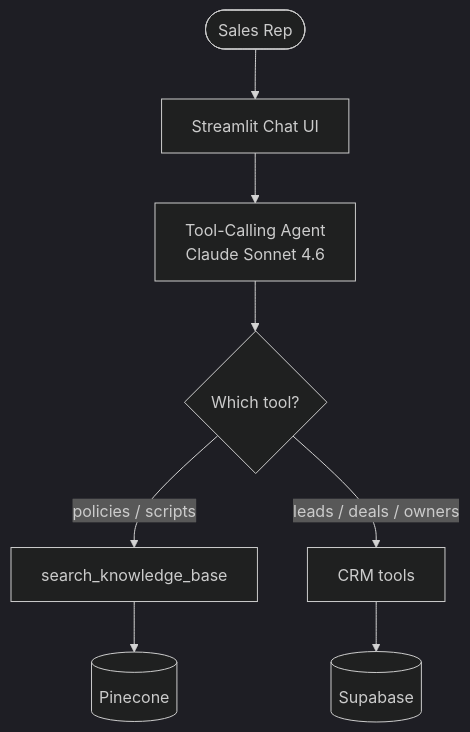
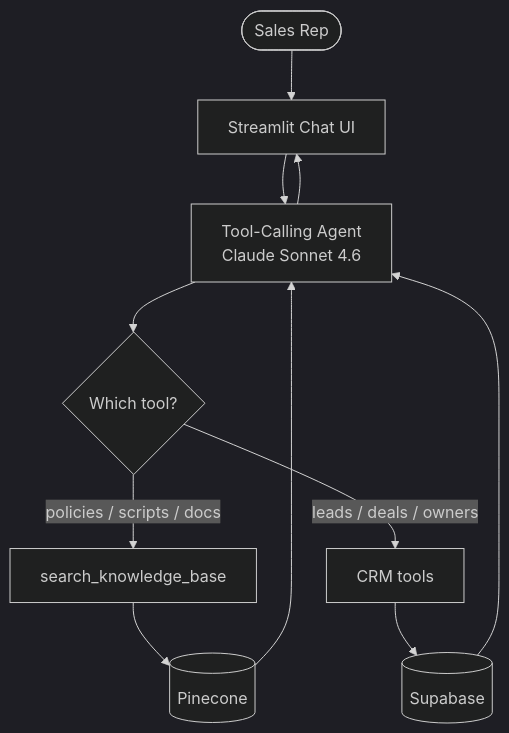
One commit to Evan-McCall/sales-agent changed the diagram in README.md. Above: the diagram before and after it, drawn with Mermaid (dark theme). The commit also changed other lines of this file and 3 other files, not shown here.

````diff
--- a/README.md
+++ b/README.md
@@ -12,10 +76,13 @@
 ```mermaid
 flowchart TD
     User([Sales Rep]) --> UI[Streamlit Chat UI]
     UI --> Agent[Tool-Calling Agent<br/>Claude Sonnet 4.6]
     Agent --> Router{Which tool?}
-    Router -->|policies / scripts| KB[search_knowledge_base]
+    Router -->|policies / scripts / docs| KB[search_knowledge_base]
     Router -->|leads / deals / owners| CRM[CRM tools]
     KB --> Pinecone[(Pinecone)]
     CRM --> Supabase[(Supabase)]
+    Pinecone --> Agent
+    Supabase --> Agent
+    Agent --> UI
 ```
````
